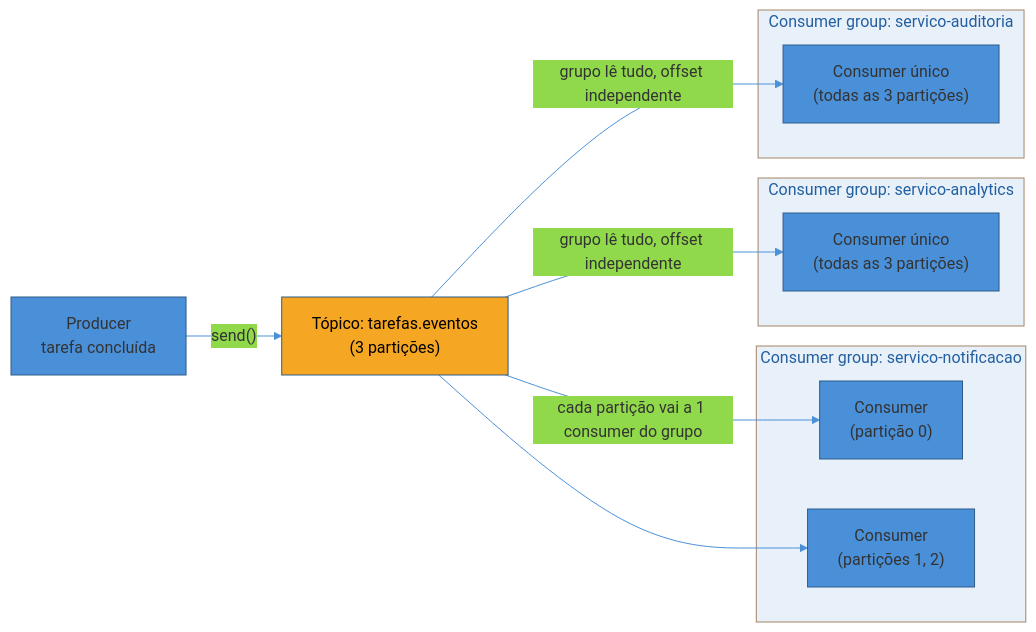
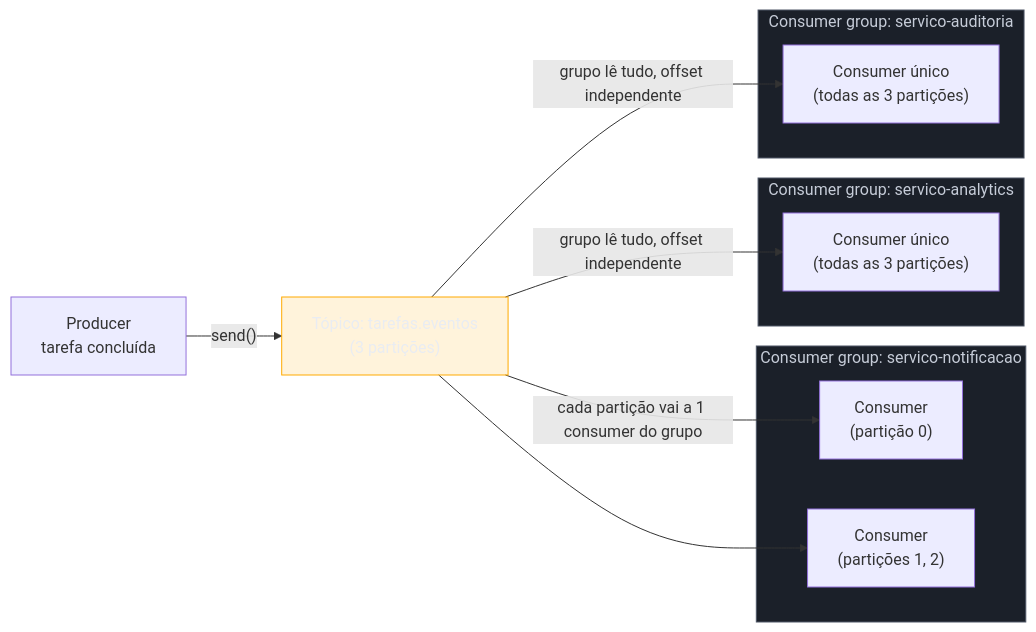
One commit to josenaldo/codex-technomanticus changed the diagram in 03-Dominios/Tecnologia/Python/Mensageria/06 - kafka-python e aiokafka — producer e consumer.md. Above: the diagram before and after it, drawn with Mermaid. The commit also changed 1181 other files, not shown here.

First line of the commit message:
fix(diagramas): paleta do sistema no lugar de cor cravada no markdown

````diff
--- a/03-Dominios/Tecnologia/Python/Mensageria/06 - kafka-python e aiokafka — producer e consumer.md
+++ b/03-Dominios/Tecnologia/Python/Mensageria/06 - kafka-python e aiokafka — producer e consumer.md
@@ -145,28 +145,29 @@
 ```mermaid
-%%{init: {"theme": "base", "themeVariables": {"primaryColor": "#4A90D9", "primaryBorderColor": "#2E5C8A", "lineColor": "#4A90D9"}}}%%
 flowchart LR
+    classDef destaque fill:#FFAA0024,stroke:#FFAA00,color:#E9ECF2
+    classDef neutro fill:#1B2029,stroke:#4E5666,color:#C6CCD8
     P["Producer<br/>tarefa concluída"] -->|"send()"| T["Tópico: tarefas.eventos<br/>(3 partições)"]
 
     subgraph GN["Consumer group: servico-notificacao"]
         CN1["Consumer<br/>(partição 0)"]
         CN2["Consumer<br/>(partições 1, 2)"]
     end
 
     subgraph GA["Consumer group: servico-analytics"]
         CA1["Consumer único<br/>(todas as 3 partições)"]
     end
 
     subgraph GD["Consumer group: servico-auditoria"]
         CD1["Consumer único<br/>(todas as 3 partições)"]
     end
 
     T -->|"cada partição vai a 1 consumer do grupo"| CN1
     T --> CN2
     T -->|"grupo lê tudo, offset independente"| CA1
     T -->|"grupo lê tudo, offset independente"| CD1
 
-    style T fill:#F5A623,color:#000
-    style GN fill:#e8f0fa
-    style GA fill:#e8f0fa
-    style GD fill:#e8f0fa
+    class T destaque
+    class GN neutro
+    class GA neutro
+    class GD neutro
 ```
````
